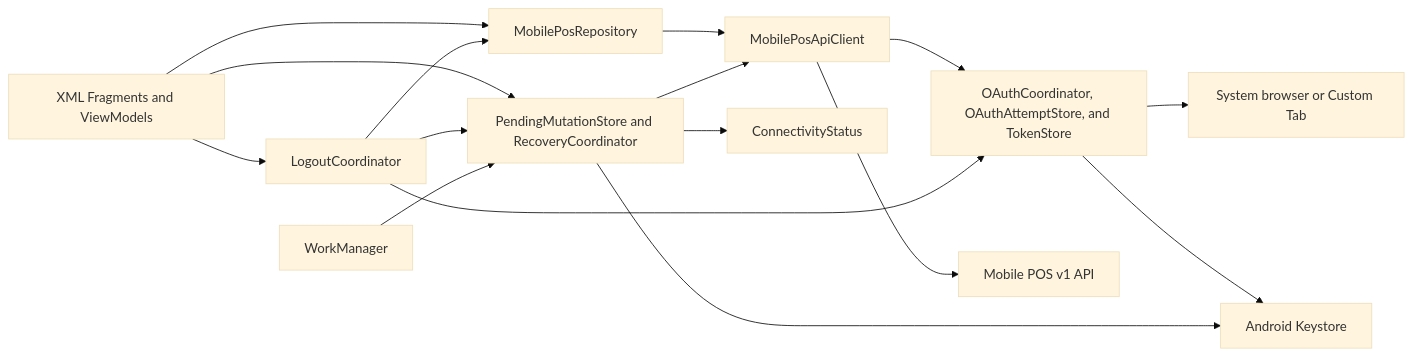
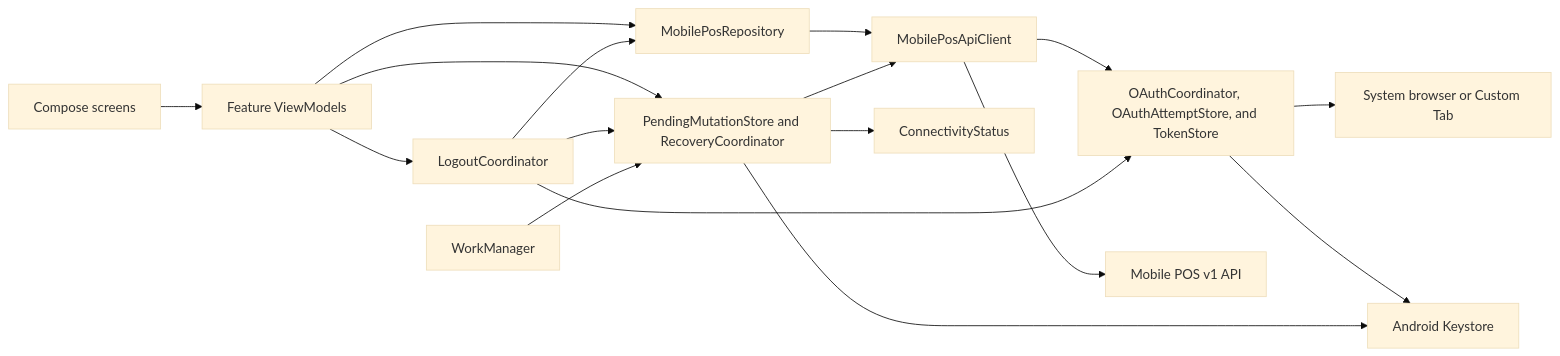
The diagram in docs/mobile-pos/architecture.md (Muhayustrid/roti_ropi_pos_android), drawn with Mermaid (base theme) before and after one commit. The commit also changed other lines of this file and 15 other files, not shown here.

````diff
--- a/docs/mobile-pos/architecture.md
+++ b/docs/mobile-pos/architecture.md
@@ -43,30 +32,32 @@
 ```mermaid
 flowchart LR
-    UI[XML Fragments and ViewModels]
+    UI[Compose screens]
+    VM[Feature ViewModels]
     REPO[MobilePosRepository]
     API[MobilePosApiClient]
     AUTH[OAuthCoordinator, OAuthAttemptStore, and TokenStore]
     REC[PendingMutationStore and RecoveryCoordinator]
     CONN[ConnectivityStatus]
     LOGOUT[LogoutCoordinator]
     WORK[WorkManager]
     SERVER[Mobile POS v1 API]
     BROWSER[System browser or Custom Tab]
     KEY[Android Keystore]
 
-    UI --> REPO
-    UI --> REC
-    UI --> LOGOUT
+    UI --> VM
+    VM --> REPO
+    VM --> REC
+    VM --> LOGOUT
     REPO --> API
     API --> AUTH
     API --> SERVER
     AUTH --> BROWSER
     AUTH --> KEY
     REC --> API
     REC --> KEY
     REC --> CONN
     LOGOUT --> AUTH
     LOGOUT --> REPO
     LOGOUT --> REC
     WORK --> REC
 ```
````
